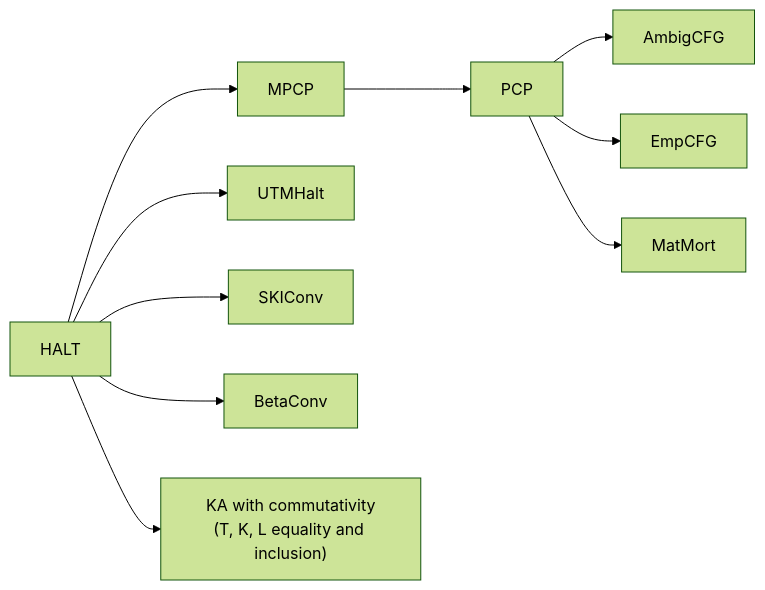
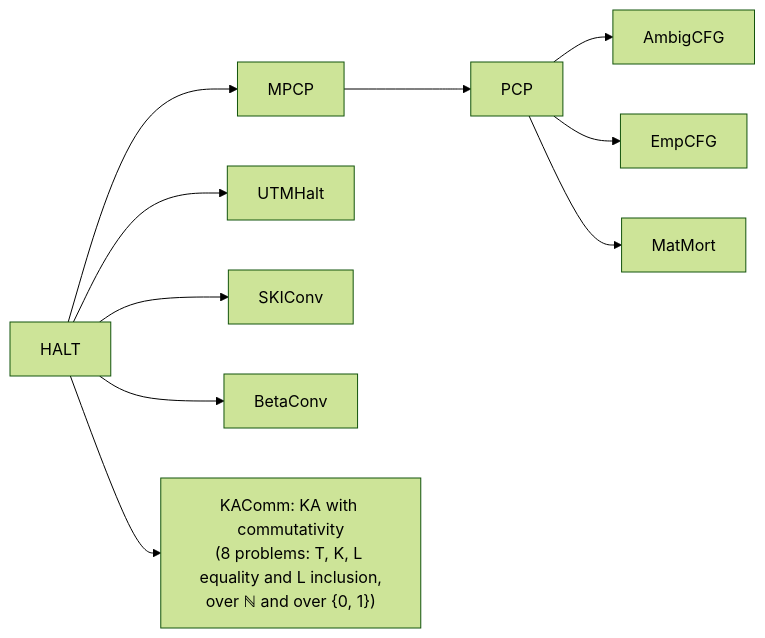
Before and after one commit to DiagonaLean/DiagonaLean: the diagram in README.md, drawn with Mermaid (forest theme). The commit also changed other lines of this file and 123 other files, not shown here.

````diff
--- a/README.md
+++ b/README.md
@@ -21,11 +21,11 @@
 ```mermaid
 graph LR
   HALT --> MPCP --> PCP
   PCP --> AmbigCFG
   PCP --> EmpCFG
   PCP --> MatMort
   HALT --> UTMHalt
   HALT --> SKIConv
   HALT --> BetaConv
-  HALT --> KA["KA with commutativity<br/>(T, K, L equality and inclusion)"]
+  HALT --> KA["KAComm: KA with commutativity<br/>(8 problems: T, K, L equality and L inclusion,<br/>over ℕ and over {0, 1})"]
 ```
````
